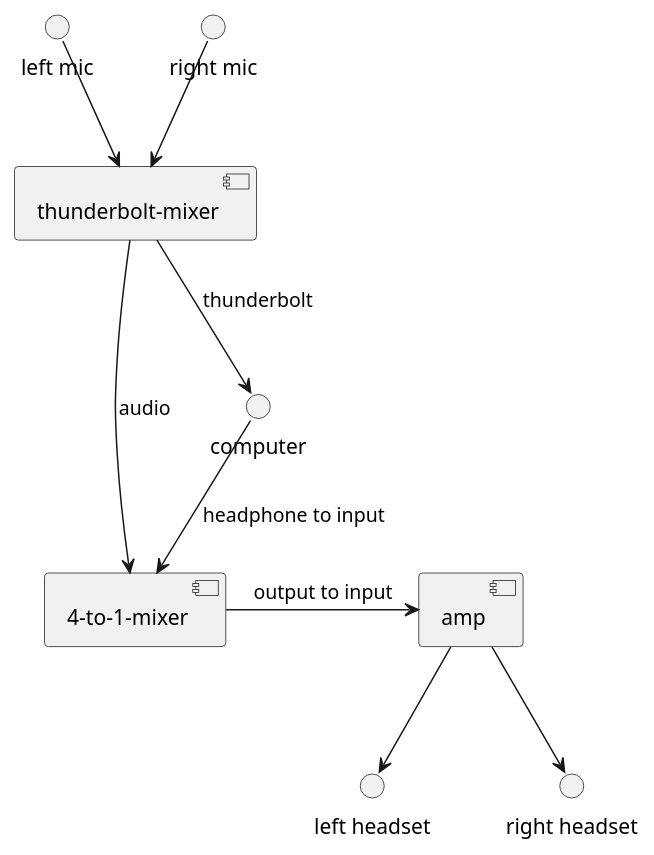
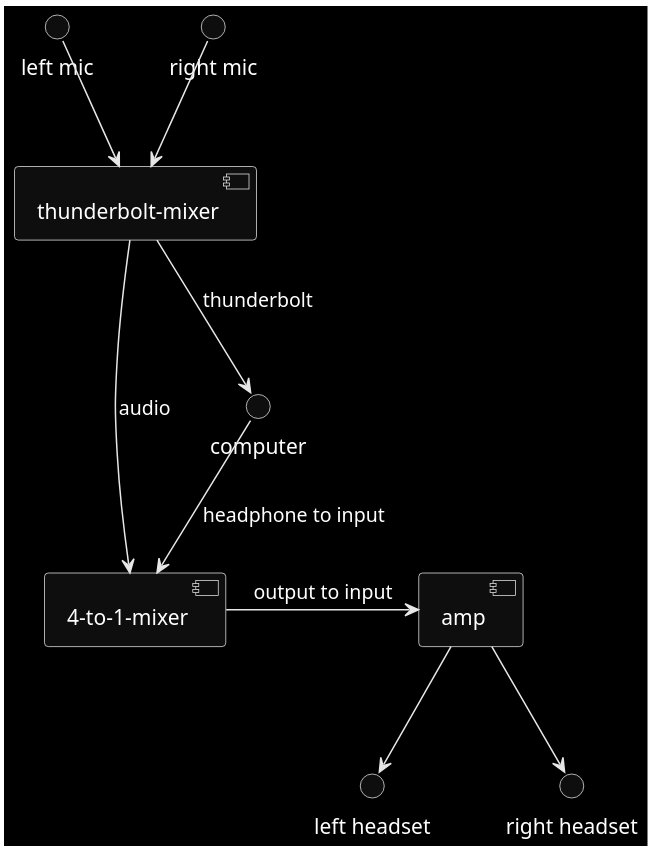
The second of 2 diagrams in killer-queen-streaming-guide.org (LoganBarnett/blog), drawn with PlantUML before and after one commit. The commit also changed other lines of this file and 5 other files, not shown here.

Commit message:
add necessary links, toc, and make prettier and more scalable diagrams

```diff
--- a/killer-queen-streaming-guide.org
+++ b/killer-queen-streaming-guide.org
@@ -79,22 +96,24 @@
-#+BEGIN_SRC plantuml :file audio-loop.png
+#+BEGIN_SRC plantuml :file audio-loop.svg :java -Djava.awt.headless=true
+skinparam monochrome reverse
+
 interface "left mic" as lmic
 interface "right mic" as rmic
 interface "left headset" as lhead
 interface "right headset" as rhead
 interface "computer" as cpu
 
 [thunderbolt-mixer]
 [4-to-1-mixer]
 [amp]
 
 lmic --> [thunderbolt-mixer]
 rmic --> [thunderbolt-mixer]
 
 [thunderbolt-mixer] -> [4-to-1-mixer] : audio
 [thunderbolt-mixer] --> cpu : thunderbolt
 cpu --> [4-to-1-mixer] : headphone to input
 [4-to-1-mixer] -> [amp] : output to input
 [amp] --> lhead
 [amp] --> rhead
 
 #+END_SRC
```
